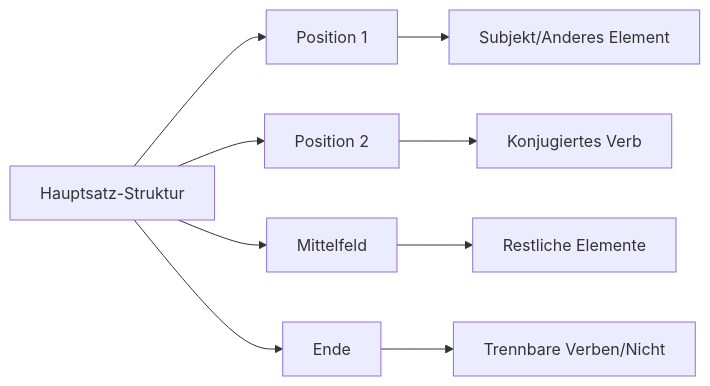
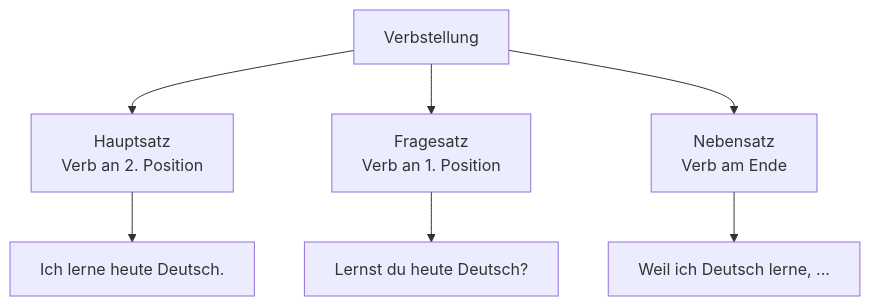
One commit to wulfnb/german changed the third of 3 diagrams in docs/niveau/a1/grammatik.md. Above: the diagram before and after it, drawn with Mermaid. The commit also changed other lines of this file and 20 other files, not shown here.

````diff
--- a/docs/niveau/a1/grammatik.md
+++ b/docs/niveau/a1/grammatik.md
@@ -227,12 +118,10 @@
 ```mermaid
-graph LR
-    A[Hauptsatz-Struktur] --> B[Position 1]
-    A --> C[Position 2]
-    A --> D[Mittelfeld]
-    A --> E[Ende]
+flowchart TD
+    A[Verbstellung] --> B[Hauptsatz<br/>Verb an 2. Position]
+    A --> C[Fragesatz<br/>Verb an 1. Position]
+    A --> D[Nebensatz<br/>Verb am Ende]
     
-    B --> B1[Subjekt/Anderes Element]
-    C --> C1[Konjugiertes Verb]
-    D --> D1[Restliche Elemente]
-    E --> E1[Trennbare Verben/Nicht]
+    B --> B1[Ich lerne heute Deutsch.]
+    C --> C1[Lernst du heute Deutsch?]
+    D --> D1[Weil ich Deutsch lerne, ...]
 ```
````
